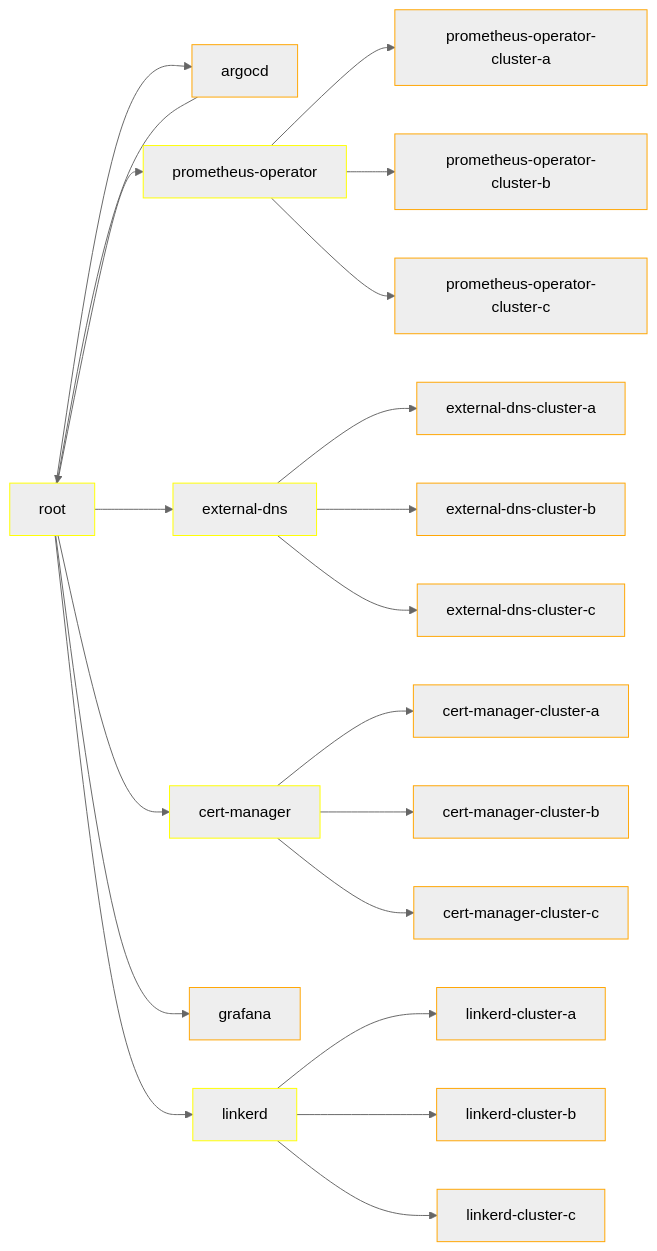
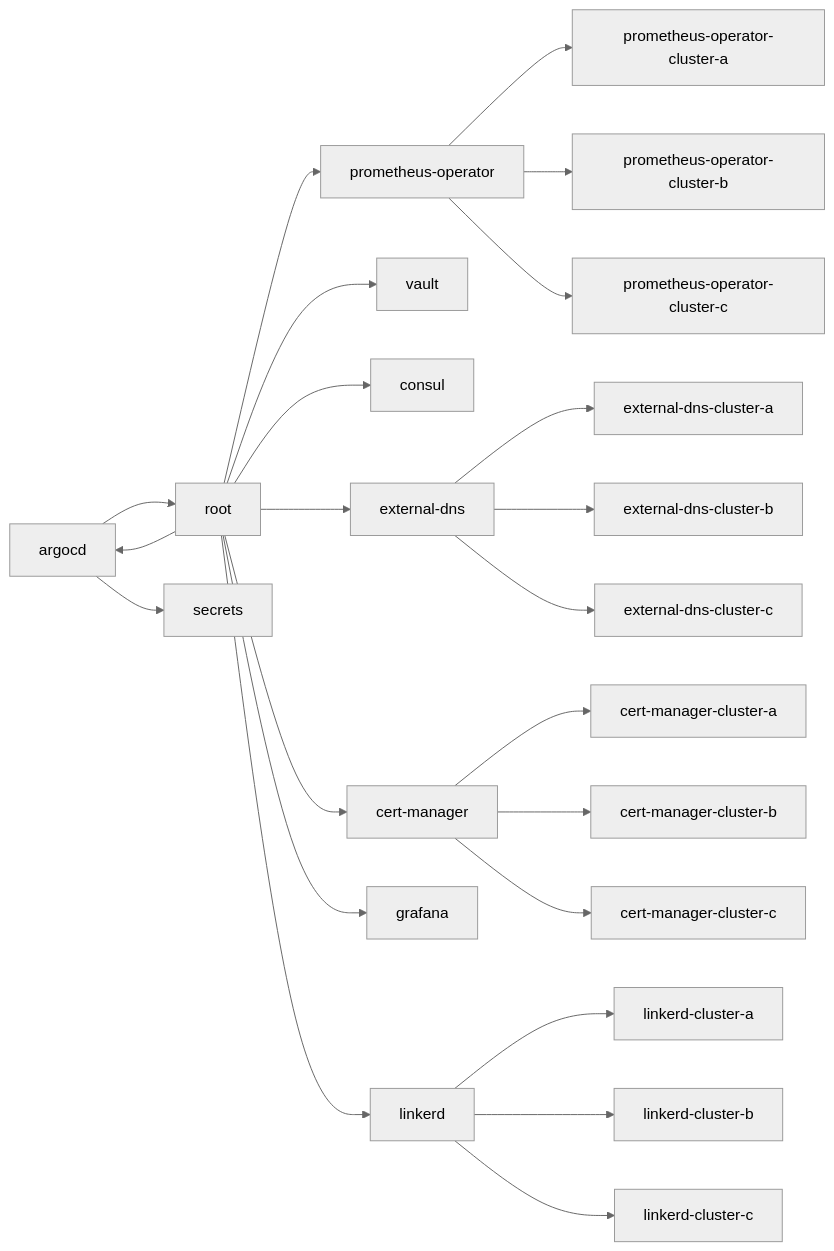
One commit to waaghals/cluster-management changed the diagram in README.md. Above: the diagram before and after it, drawn with Mermaid (neutral theme). The commit also changed other lines of this file and 12 other files, not shown here.

````diff
--- a/README.md
+++ b/README.md
@@ -19,42 +20,30 @@
 ```mermaid
 graph LR
- style root stroke:yellow
- style argocd stroke:orange
- style prometheus-operator stroke:yellow
- style external-dns stroke:yellow
- style cert-manager stroke:yellow
- style grafana stroke:orange
- style linkerd stroke:yellow
- style prometheus-operator-cluster-a stroke:orange
- style prometheus-operator-cluster-b stroke:orange
- style prometheus-operator-cluster-c stroke:orange
- style external-dns-cluster-a stroke:orange
- style external-dns-cluster-b stroke:orange
- style external-dns-cluster-c stroke:orange
- style cert-manager-cluster-a stroke:orange
- style cert-manager-cluster-b stroke:orange
- style cert-manager-cluster-c stroke:orange
- style linkerd-cluster-a stroke:orange
- style linkerd-cluster-b stroke:orange
- style linkerd-cluster-c stroke:orange
- 
+ argocd-->root
  root-->argocd
- argocd-->root
- root-->prometheus-operator
+ argocd-->secrets
+       
  prometheus-operator-->prometheus-operator-cluster-a
  prometheus-operator-->prometheus-operator-cluster-b
  prometheus-operator-->prometheus-operator-cluster-c
+
+ root-->prometheus-operator
+
+ root-->vault
+ root-->consul
+ 
+
  root-->external-dns
  external-dns-->external-dns-cluster-a
  external-dns-->external-dns-cluster-b
  external-dns-->external-dns-cluster-c
  root-->cert-manager
  cert-manager-->cert-manager-cluster-a
  cert-manager-->cert-manager-cluster-b
  cert-manager-->cert-manager-cluster-c
  root-->grafana
  root-->linkerd
  linkerd-->linkerd-cluster-a
  linkerd-->linkerd-cluster-b
  linkerd-->linkerd-cluster-c
 ```
````
